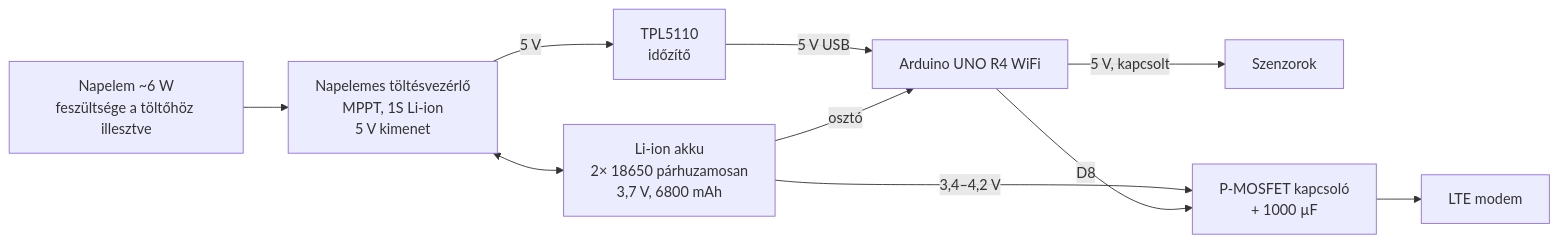
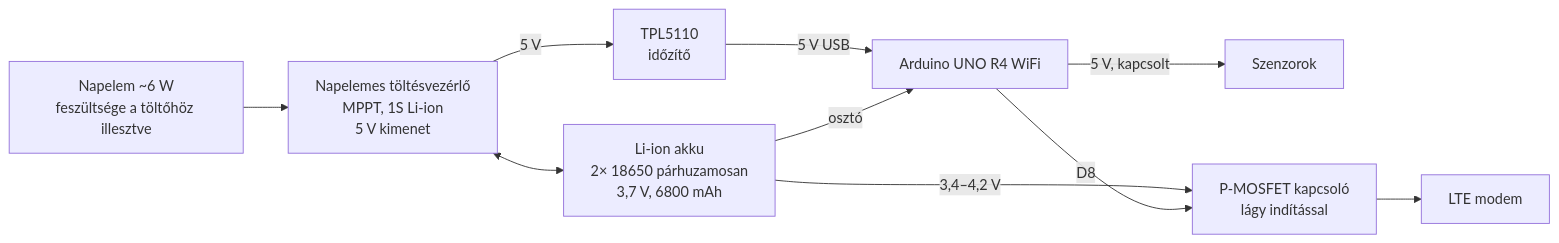
Before and after one commit to zui679/vizerzekelo: the diagram in docs/04_energiaellatas.md, drawn with Mermaid. The commit also changed other lines of this file and 14 other files, not shown here.

````diff
--- a/docs/04_energiaellatas.md
+++ b/docs/04_energiaellatas.md
@@ -5,11 +5,11 @@
 ```mermaid
 flowchart LR
     PV[Napelem ~6 W<br/>feszültsége a töltőhöz illesztve] --> CHG[Napelemes töltésvezérlő<br/>MPPT, 1S Li-ion<br/>5 V kimenet]
     CHG <--> BAT[Li-ion akku<br/>2× 18650 párhuzamosan<br/>3,7 V, 6800 mAh]
     CHG -- 5 V --> TPL[TPL5110<br/>időzítő]
     TPL -- 5 V USB --> ARD[Arduino UNO R4 WiFi]
     ARD -- 5 V, kapcsolt --> SZ[Szenzorok]
-    BAT -- 3,4–4,2 V --> SW[P-MOSFET kapcsoló<br/>+ 1000 µF] --> MOD[LTE modem]
+    BAT -- 3,4–4,2 V --> SW[P-MOSFET kapcsoló<br/>lágy indítással] --> MOD[LTE modem]
     ARD -- D8 --> SW
     BAT -- osztó --> ARD
 ```
````
